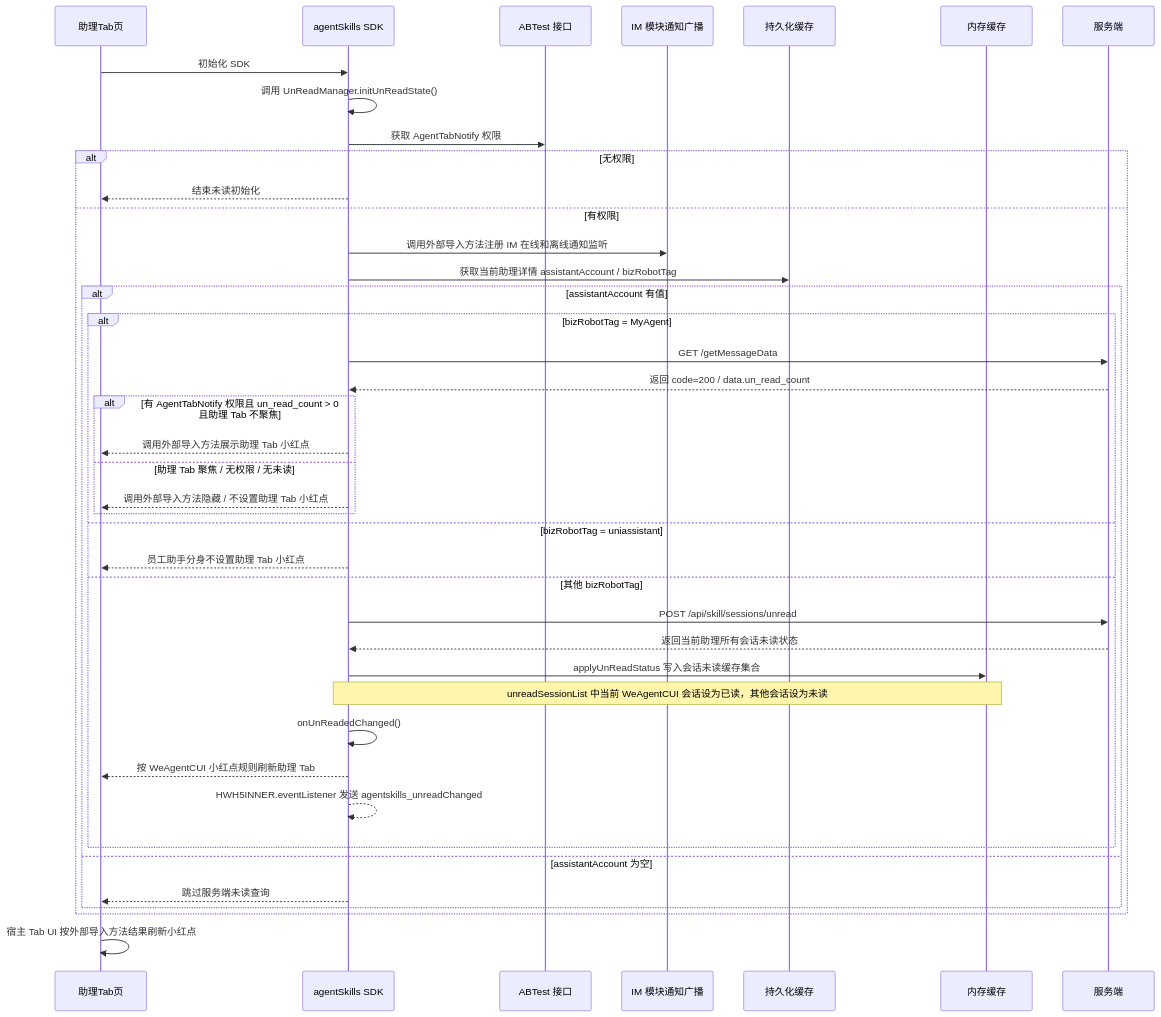
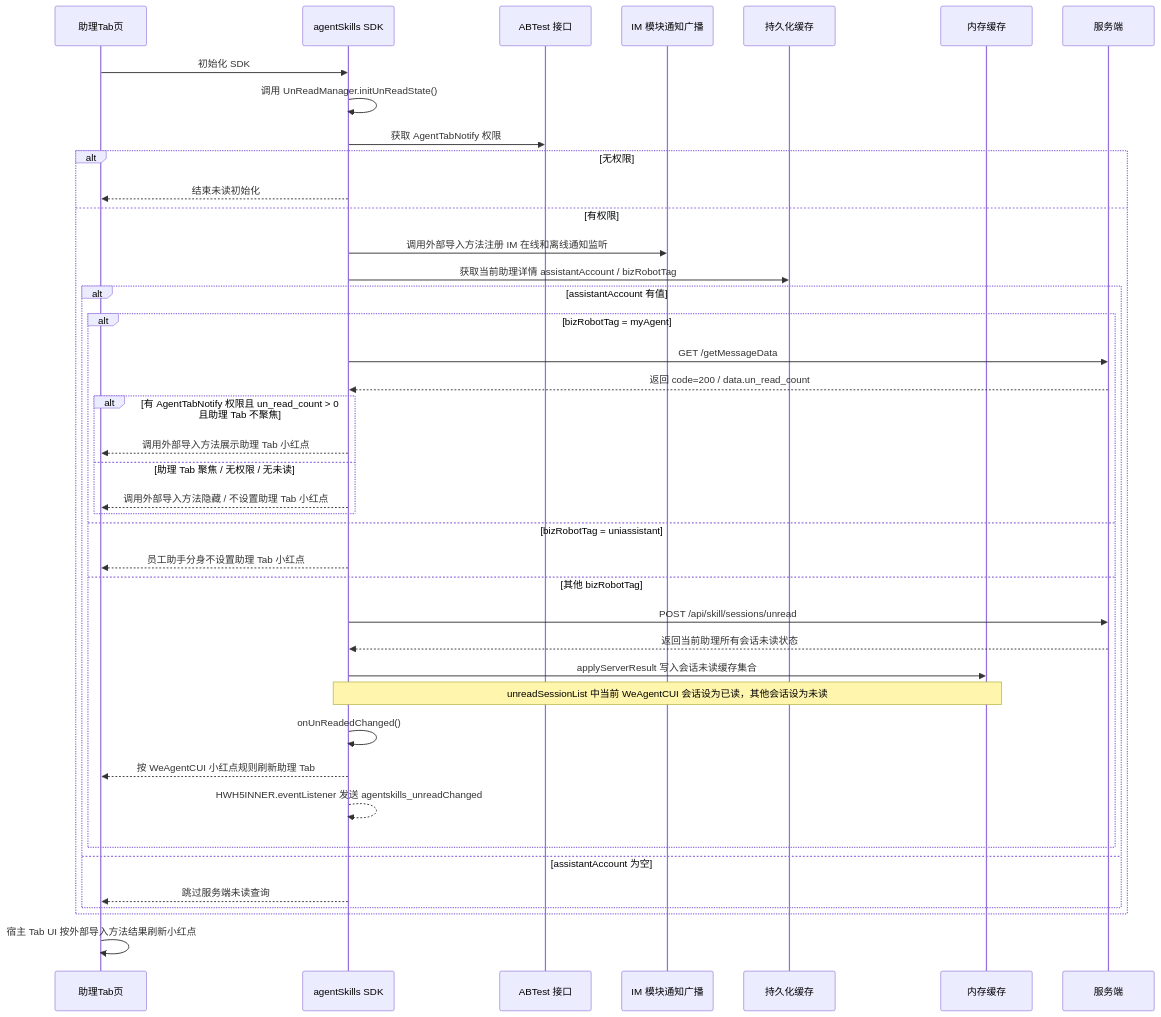
One commit to Abelsjcheng/skillSDK changed the third of 10 diagrams in 2026-06-11-we-agent-tab-unread-red-dot-plan.md. Above: the diagram before and after it, drawn with Mermaid. The commit also changed other lines of this file, not shown here.

````diff
--- a/2026-06-11-we-agent-tab-unread-red-dot-plan.md
+++ b/2026-06-11-we-agent-tab-unread-red-dot-plan.md
@@ -160,44 +160,44 @@
 ```mermaid
 sequenceDiagram
     participant Tab as 助理Tab页
     participant SDK as agentSkills SDK
     participant AB as ABTest 接口
     participant IM as IM 模块通知广播
     participant Persist as 持久化缓存
     participant Memory as 内存缓存
     participant Server as 服务端
 
     Tab->>SDK: 初始化 SDK
     SDK->>SDK: 调用 UnReadManager.initUnReadState()
     SDK->>AB: 获取 AgentTabNotify 权限
     alt 无权限
         SDK-->>Tab: 结束未读初始化
     else 有权限
         SDK->>IM: 调用外部导入方法注册 IM 在线和离线通知监听
         SDK->>Persist: 获取当前助理详情 assistantAccount / bizRobotTag
         alt assistantAccount 有值
-            alt bizRobotTag = MyAgent
+            alt bizRobotTag = myAgent
                 SDK->>Server: GET /getMessageData
                 Server-->>SDK: 返回 code=200 / data.un_read_count
                 alt 有 AgentTabNotify 权限且 un_read_count > 0 且助理 Tab 不聚焦
                     SDK-->>Tab: 调用外部导入方法展示助理 Tab 小红点
                 else 助理 Tab 聚焦 / 无权限 / 无未读
                     SDK-->>Tab: 调用外部导入方法隐藏 / 不设置助理 Tab 小红点
                 end
             else bizRobotTag = uniassistant
                 SDK-->>Tab: 员工助手分身不设置助理 Tab 小红点
             else 其他 bizRobotTag
                 SDK->>Server: POST /api/skill/sessions/unread
                 Server-->>SDK: 返回当前助理所有会话未读状态
-                SDK->>Memory: applyUnReadStatus 写入会话未读缓存集合
+                SDK->>Memory: applyServerResult 写入会话未读缓存集合
                 Note over SDK,Memory: unreadSessionList 中当前 WeAgentCUI 会话设为已读，其他会话设为未读
                 SDK->>SDK: onUnReadedChanged()
                 SDK-->>Tab: 按 WeAgentCUI 小红点规则刷新助理 Tab
                 SDK-->>SDK: HWH5INNER.eventListener 发送 agentskills_unreadChanged
             end
         else assistantAccount 为空
             SDK-->>Tab: 跳过服务端未读查询
         end
     end
     Tab->>Tab: 宿主 Tab UI 按外部导入方法结果刷新小红点
 ```
````
